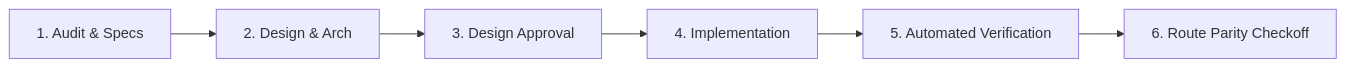
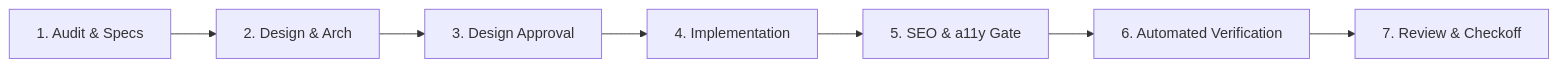
Before and after one commit to Arun-kushwaha007/tame-agent: the diagram in templates/AGENTS.md, drawn with Mermaid. The commit also changed other lines of this file and 4 other files, not shown here.

````diff
--- a/templates/AGENTS.md
+++ b/templates/AGENTS.md
@@ -73,8 +92,9 @@
 ```mermaid
 flowchart LR
-    A[1. Audit & Specs] --> B[2. Design & Arch]
-    B --> C[3. Design Approval]
-    C --> D[4. Implementation]
-    D --> E[5. Automated Verification]
-    E --> F[6. Route Parity Checkoff]
+    A["1. Audit & Specs"] --> B["2. Design & Arch"]
+    B --> C["3. Design Approval"]
+    C --> D["4. Implementation"]
+    D --> E["5. SEO & a11y Gate"]
+    E --> F["6. Automated Verification"]
+    F --> G["7. Review & Checkoff"]
 ```
````
